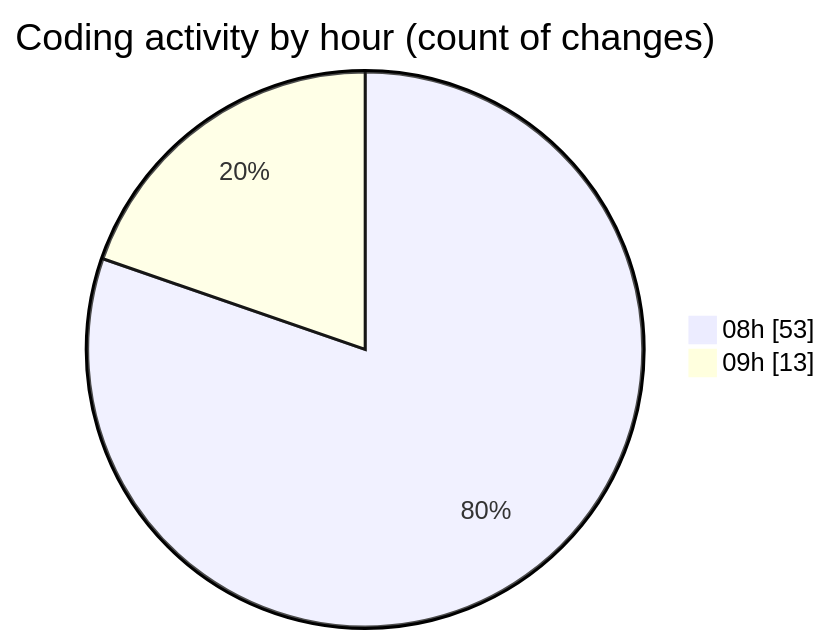
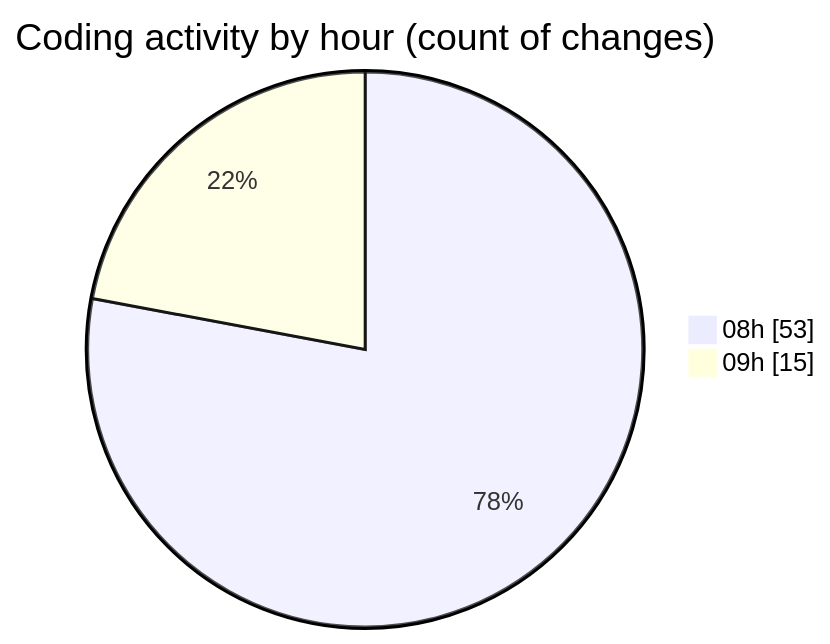
Before and after one commit to momahboobian/code-tracking: the second of 2 diagrams in 2026-05-01/cda/README.md, drawn with Mermaid. The commit also changed other lines of this file and 1 other file, not shown here.

````diff
--- a/2026-05-01/cda/README.md
+++ b/2026-05-01/cda/README.md
@@ -72,6 +72,6 @@
 ```mermaid
 pie showData
 title Coding activity by hour (count of changes)
 "08h" : 53
-"09h" : 13
+"09h" : 15
 ```
````
